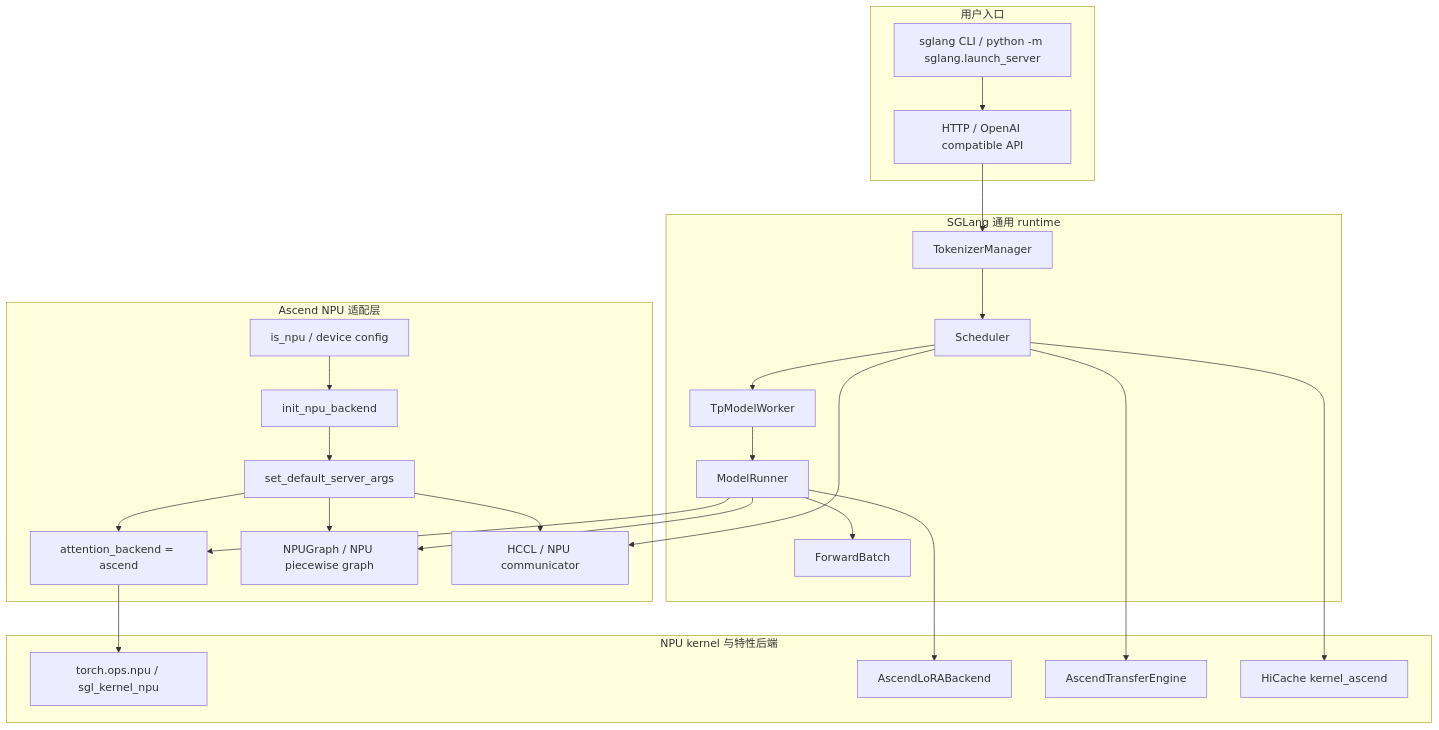
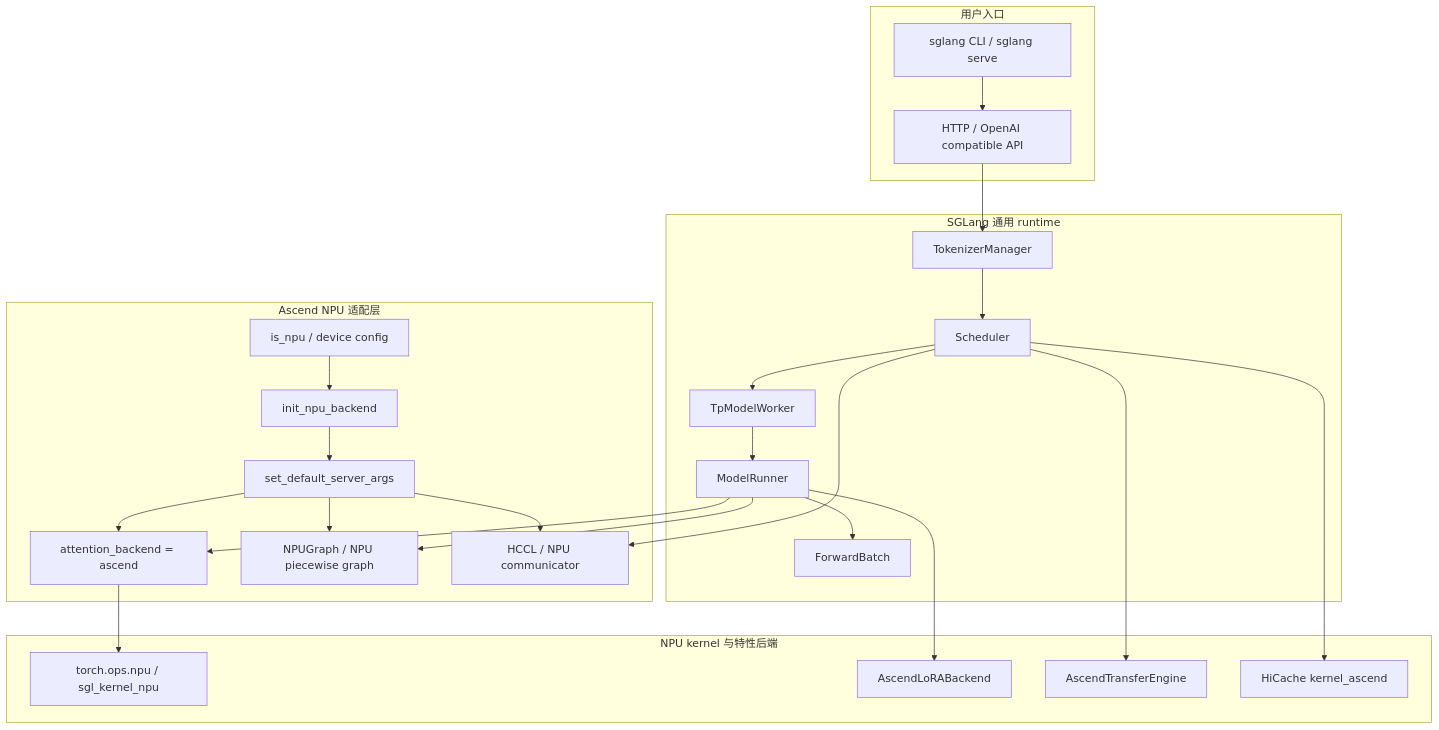
One commit to cl-vv-h/SGLang_Tutor changed the third of 7 diagrams in learning/sglang-ascend-npu/README.md. Above: the diagram before and after it, drawn with Mermaid. The commit also changed other lines of this file and 8 other files, not shown here.

````diff
--- a/learning/sglang-ascend-npu/README.md
+++ b/learning/sglang-ascend-npu/README.md
@@ -98,44 +98,44 @@
 ```mermaid
 flowchart TB
   subgraph UserLayer["用户入口"]
-    CLI["sglang CLI / python -m sglang.launch_server"]
+    CLI["sglang CLI / sglang serve"]
     API["HTTP / OpenAI compatible API"]
   end
 
   subgraph Runtime["SGLang 通用 runtime"]
     TM["TokenizerManager"]
     SCH["Scheduler"]
     WORKER["TpModelWorker"]
     MR["ModelRunner"]
     FB["ForwardBatch"]
   end
 
   subgraph NPUAdapter["Ascend NPU 适配层"]
     DETECT["is_npu / device config"]
     INIT["init_npu_backend"]
     ARGS["set_default_server_args"]
     ATTN["attention_backend = ascend"]
     GRAPH["NPUGraph / NPU piecewise graph"]
     DIST["HCCL / NPU communicator"]
   end
 
   subgraph KernelFeature["NPU kernel 与特性后端"]
     OPS["torch.ops.npu / sgl_kernel_npu"]
     LORA["AscendLoRABackend"]
     DISAGG["AscendTransferEngine"]
     HICACHE["HiCache kernel_ascend"]
   end
 
   CLI --> API
   API --> TM --> SCH --> WORKER --> MR --> FB
   DETECT --> INIT --> ARGS
   ARGS --> ATTN
   ARGS --> GRAPH
   ARGS --> DIST
   MR --> ATTN --> OPS
   MR --> GRAPH
   SCH --> DIST
   SCH --> DISAGG
   MR --> LORA
   SCH --> HICACHE
 ```
````
